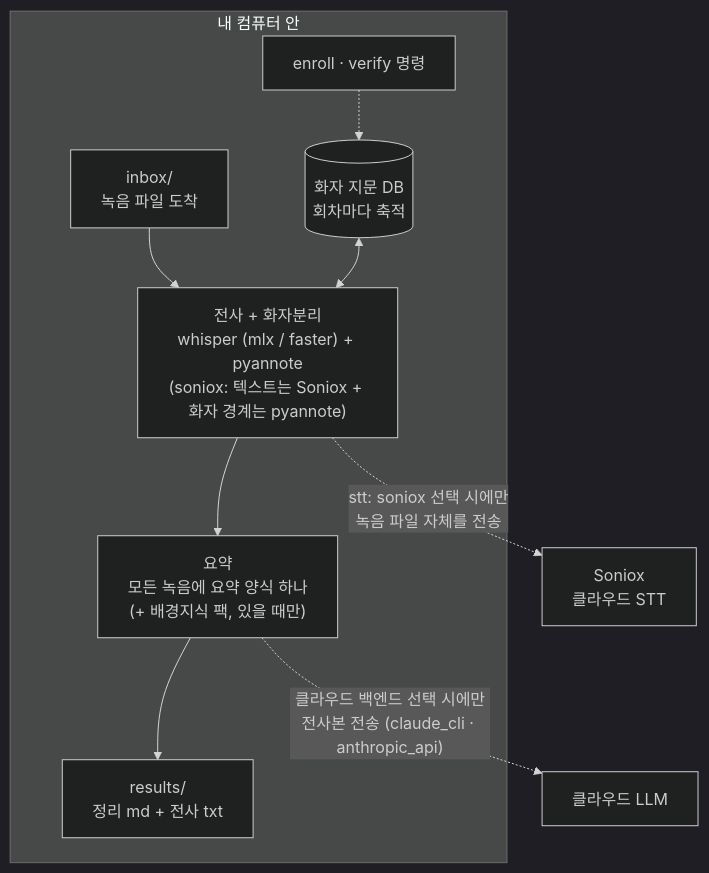
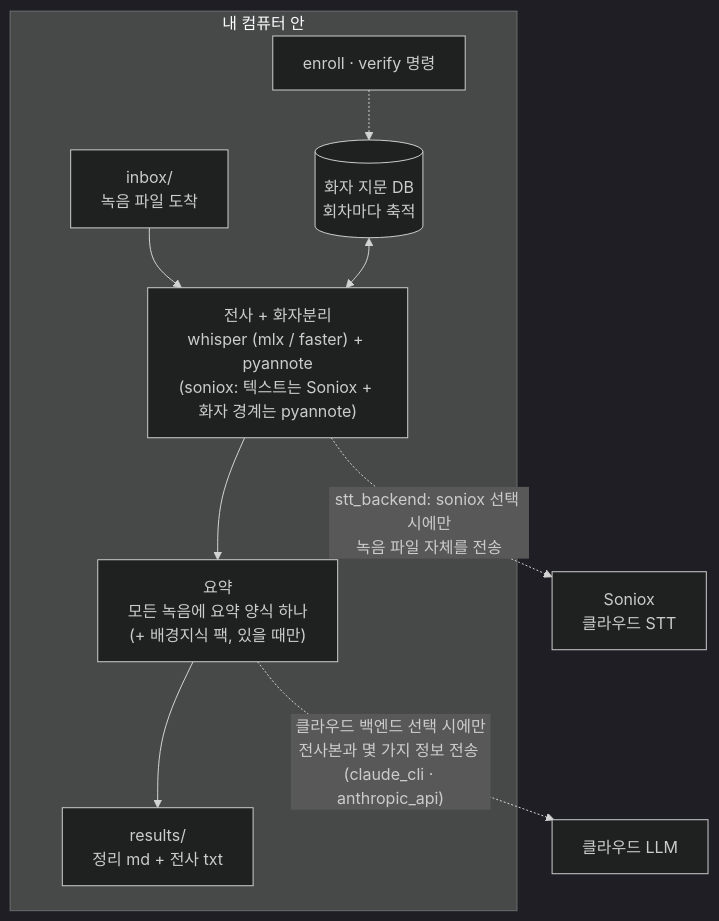
One commit to kemy-ai/moim-scribe changed the diagram in README.ko.md. Above: the diagram before and after it, drawn with Mermaid (dark theme). The commit also changed other lines of this file and 7 other files, not shown here.

````diff
--- a/README.ko.md
+++ b/README.ko.md
@@ -13,12 +15,12 @@
 ```mermaid
 flowchart TD
     subgraph machine["내 컴퓨터 안"]
         A["inbox/<br>녹음 파일 도착"] --> B["전사 + 화자분리<br>whisper (mlx / faster) + pyannote<br>(soniox: 텍스트는 Soniox + 화자 경계는 pyannote)"]
         FP[("화자 지문 DB<br>회차마다 축적")] <--> B
         B --> C["요약<br>모든 녹음에 요약 양식 하나<br>(+ 배경지식 팩, 있을 때만)"]
         C --> D["results/<br>정리 md + 전사 txt"]
         V["enroll · verify 명령"] -.-> FP
     end
-    B -.->|"stt: soniox 선택 시에만<br>녹음 파일 자체를 전송"| STT["Soniox<br>클라우드 STT"]
-    C -.->|"클라우드 백엔드 선택 시에만<br>전사본 전송 (claude_cli · anthropic_api)"| LLM["클라우드 LLM"]
+    B -.->|"stt_backend: soniox 선택 시에만<br>녹음 파일 자체를 전송"| STT["Soniox<br>클라우드 STT"]
+    C -.->|"클라우드 백엔드 선택 시에만<br>전사본과 몇 가지 정보 전송 (claude_cli · anthropic_api)"| LLM["클라우드 LLM"]
 ```
````
